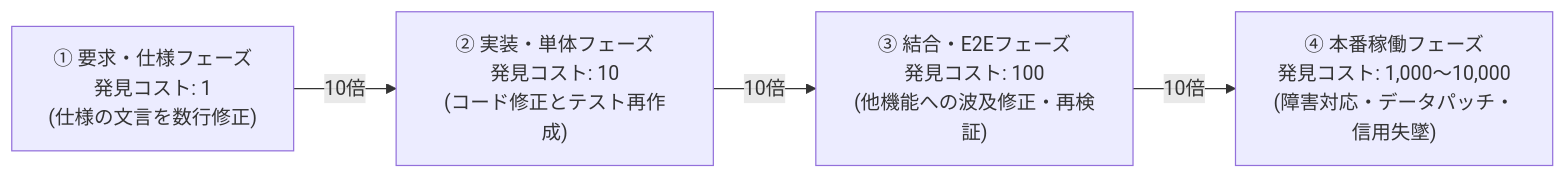
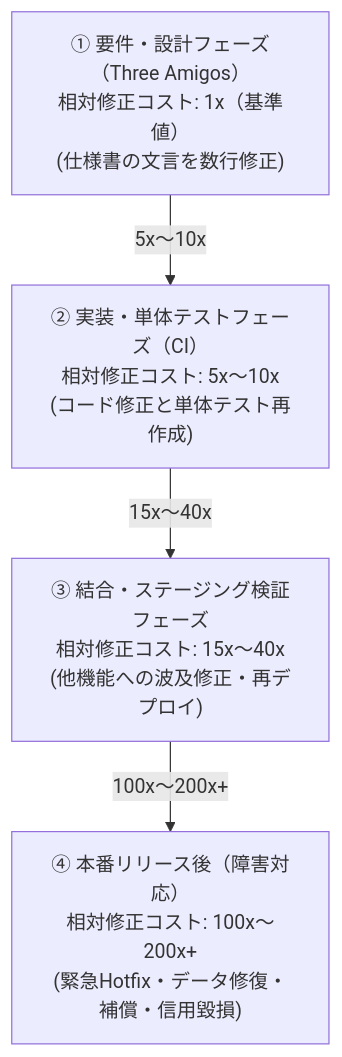
Before and after one commit to AnaharaYasuo/product-quality-management-book: the second of 4 diagrams in manuscript/02_chapter2.md, drawn with Mermaid. The commit also changed other lines of this file and 32 other files, not shown here.

````diff
--- a/manuscript/02_chapter2.md
+++ b/manuscript/02_chapter2.md
@@ -55,6 +55,6 @@
 ```mermaid
-flowchart LR
-    Phase1["① 要求・仕様フェーズ<br>発見コスト: 1<br>(仕様の文言を数行修正)"] -->|10倍| Phase2["② 実装・単体フェーズ<br>発見コスト: 10<br>(コード修正とテスト再作成)"]
-    Phase2 -->|10倍| Phase3["③ 結合・E2Eフェーズ<br>発見コスト: 100<br>(他機能への波及修正・再検証)"]
-    Phase3 -->|10倍| Phase4["④ 本番稼働フェーズ<br>発見コスト: 1,000〜10,000<br>(障害対応・データパッチ・信用失墜)"]
+flowchart TD
+    Phase1["① 要件・設計フェーズ（Three Amigos）<br>相対修正コスト: 1x（基準値）<br>(仕様書の文言を数行修正)"] -->|"5x〜10x"| Phase2["② 実装・単体テストフェーズ（CI）<br>相対修正コスト: 5x〜10x<br>(コード修正と単体テスト再作成)"]
+    Phase2 -->|"15x〜40x"| Phase3["③ 結合・ステージング検証フェーズ<br>相対修正コスト: 15x〜40x<br>(他機能への波及修正・再デプロイ)"]
+    Phase3 -->|"100x〜200x+"| Phase4["④ 本番リリース後（障害対応）<br>相対修正コスト: 100x〜200x+<br>(緊急Hotfix・データ修復・補償・信用毀損)"]
 ```
````
